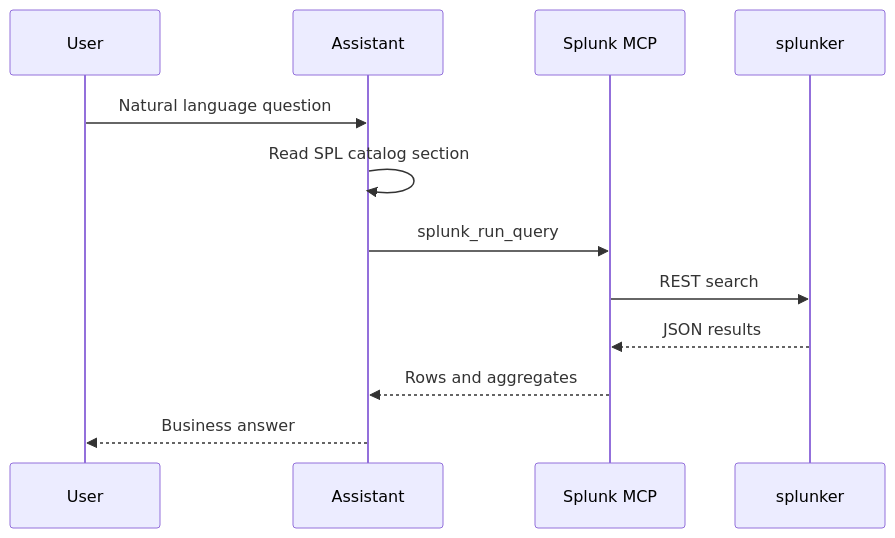
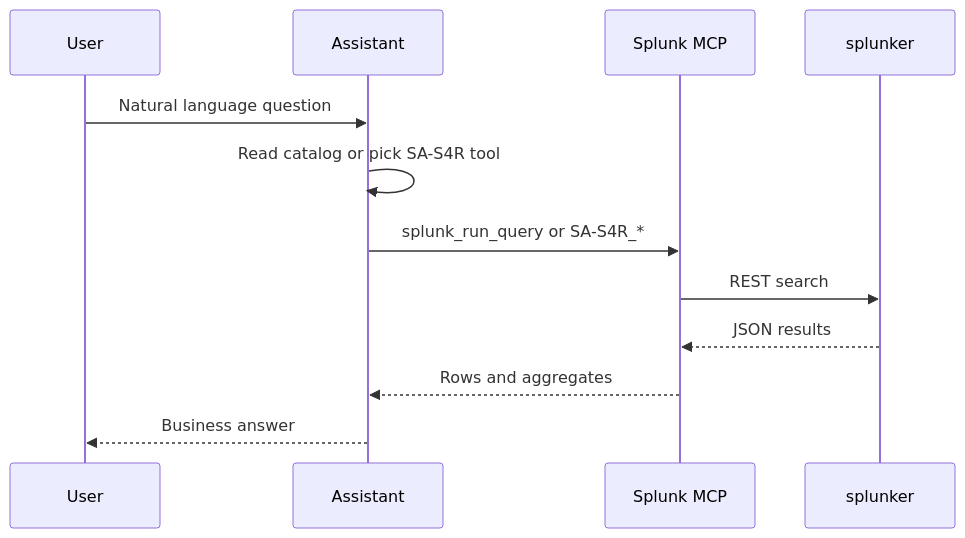
The first of 4 diagrams in demo-slides/s4r-demo-slides.md (dd-Splunk/splunk-mcp), drawn with Mermaid before and after one commit. The commit also changed other lines of this file and 22 other files, not shown here.

```diff
--- a/demo-slides/s4r-demo-slides.md
+++ b/demo-slides/s4r-demo-slides.md
@@ -163,14 +163,14 @@
 <pre class="mermaid">
 sequenceDiagram
   participant U as User
   participant A as Assistant
   participant MCP as Splunk MCP
   participant S as splunker
   U->>A: Natural language question
-  A->>A: Read SPL catalog section
-  A->>MCP: splunk_run_query
+  A->>A: Read catalog or pick SA-S4R tool
+  A->>MCP: splunk_run_query or SA-S4R_*
   MCP->>S: REST search
   S-->>MCP: JSON results
   MCP-->>A: Rows and aggregates
   A-->>U: Business answer
 </pre>
```
